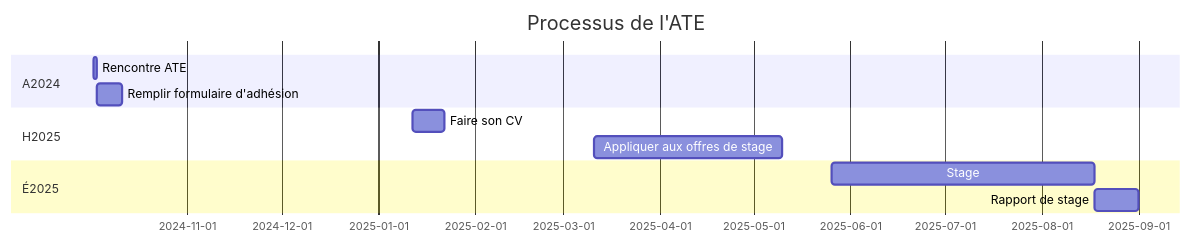
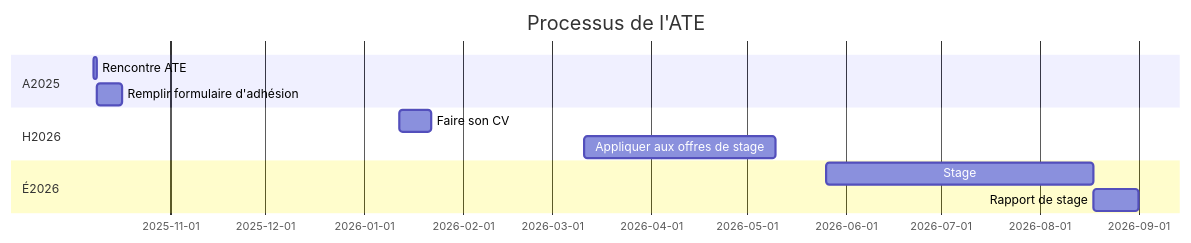
Before and after one commit to cegepvictoetienne/techinfo: the diagram in wiki/stages-eleve.md, drawn with Mermaid. The commit also changed other lines of this file and 1 other file, not shown here.

````diff
--- a/wiki/stages-eleve.md
+++ b/wiki/stages-eleve.md
@@ -5,14 +5,14 @@
 ```mermaid
 gantt
     title Processus de l'ATE
     dateFormat YYYY-MM-DD
-    section A2024
-        Rencontre ATE          :a1, 2024-10-02, 1d
+    section A2025
+        Rencontre ATE          :a1, 2025-10-08, 1d
         Remplir formulaire d'adhésion    :after a1, 8d
-    section H2025
-        Faire son CV :2025-01-12, 10d
-        Appliquer aux offres de stage    :2025-03-11, 60d
-    section É2025
-        Stage :s1, 2025-05-26, 84d
+    section H2026
+        Faire son CV :2026-01-12, 10d
+        Appliquer aux offres de stage    :2026-03-11, 60d
+    section É2026
+        Stage :s1, 2026-05-26, 84d
         Rapport de stage :after s1, 14d
 ```
````
